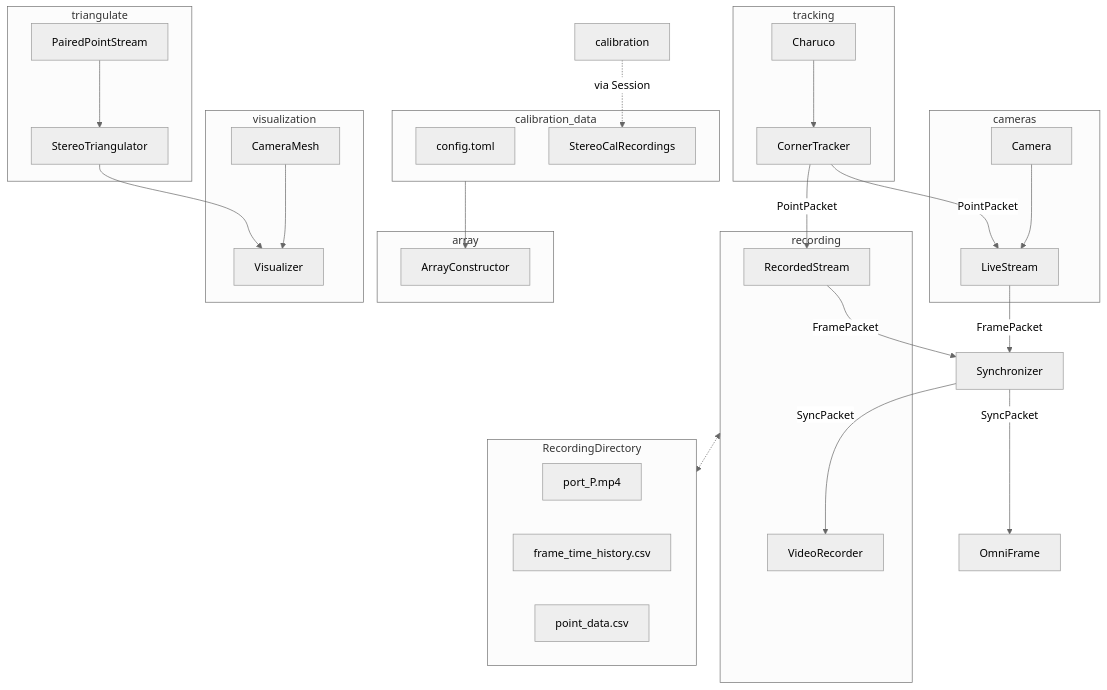
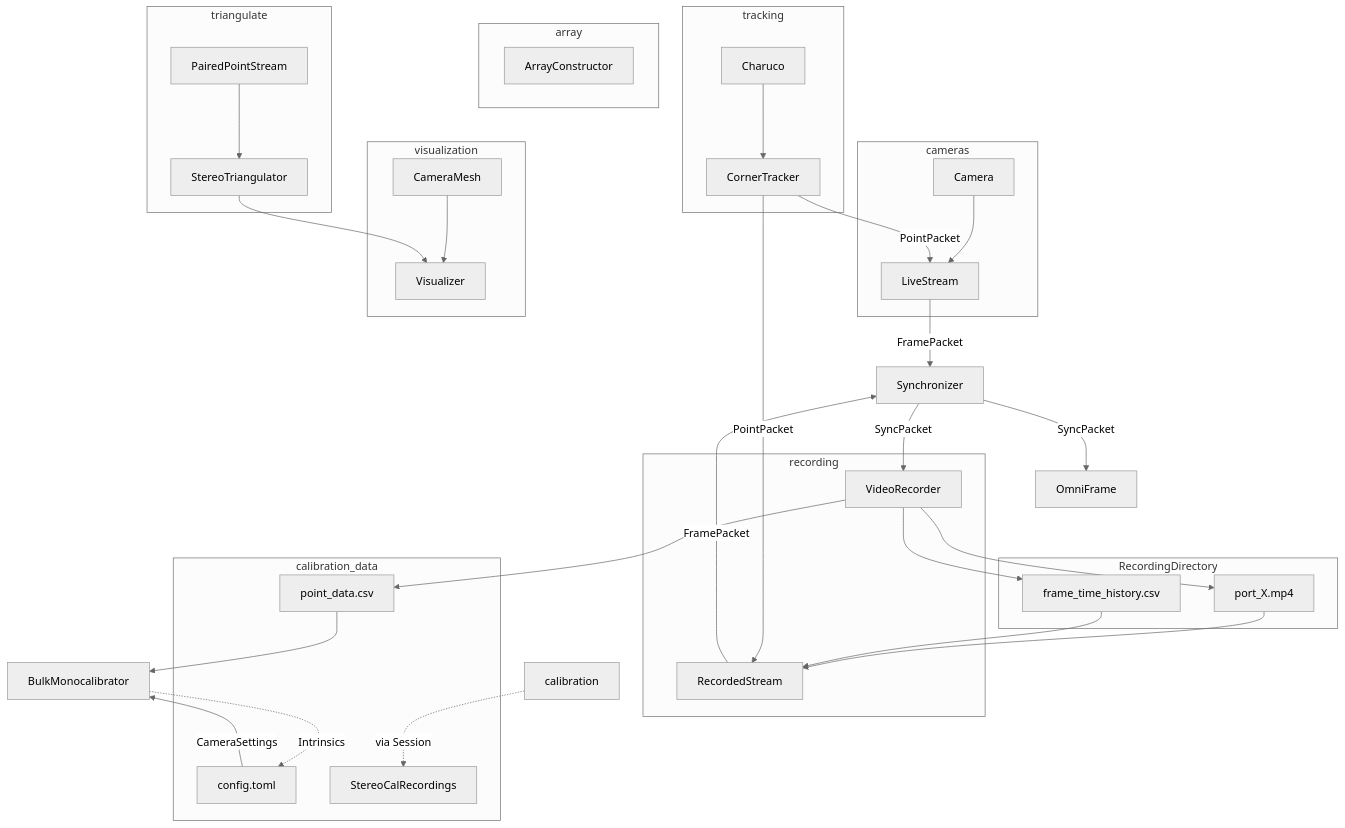
Before and after one commit to mprib/caliscope: the diagram in README.md, drawn with Mermaid (neutral theme).

Commit message:
better represent current setup

````diff
--- a/README.md
+++ b/README.md
@@ -11,58 +11,67 @@
 ```mermaid
 graph TD
 
 
 LiveStream --FramePacket--> Synchronizer
 RecordedStream --FramePacket--> Synchronizer
 Synchronizer --SyncPacket--> VideoRecorder
 
 subgraph cameras
 Camera --> LiveStream
 end
 subgraph tracking
 Charuco --> CornerTracker
 CornerTracker --PointPacket--> LiveStream
 end
 
 
 Synchronizer --SyncPacket-->  OmniFrame
-recording <-..-> RecordingDirectory
-
 
 subgraph recording
 RecordedStream
 VideoRecorder 
 end
+
+
+VideoRecorder --> frame_time_history.csv
+VideoRecorder --> port_X.mp4 
+VideoRecorder --> point_data.csv
+
 subgraph RecordingDirectory
-port_P.mp4
-frame_time_history.csv
-point_data.csv
+port_X.mp4 --> RecordedStream
+frame_time_history.csv --> RecordedStream
 end
 
+
+point_data.csv --> BulkMonocalibrator
+config.toml --CameraSettings--> BulkMonocalibrator
+BulkMonocalibrator -.Intrinsics.-> config.toml
+
+
 subgraph calibration_data
+point_data.csv
 config.toml
 StereoCalRecordings
 end
 
 
 CornerTracker --PointPacket--> RecordedStream
 
 calibration -.via Session.-> StereoCalRecordings
-calibration_data --> ArrayConstructor
 
 subgraph array
 ArrayConstructor
 end
 
 
 
 subgraph triangulate
 PairedPointStream --> StereoTriangulator
 end
 
 subgraph visualization
 CameraMesh --> Visualizer
 StereoTriangulator --> Visualizer
 end
 
 ```
````
